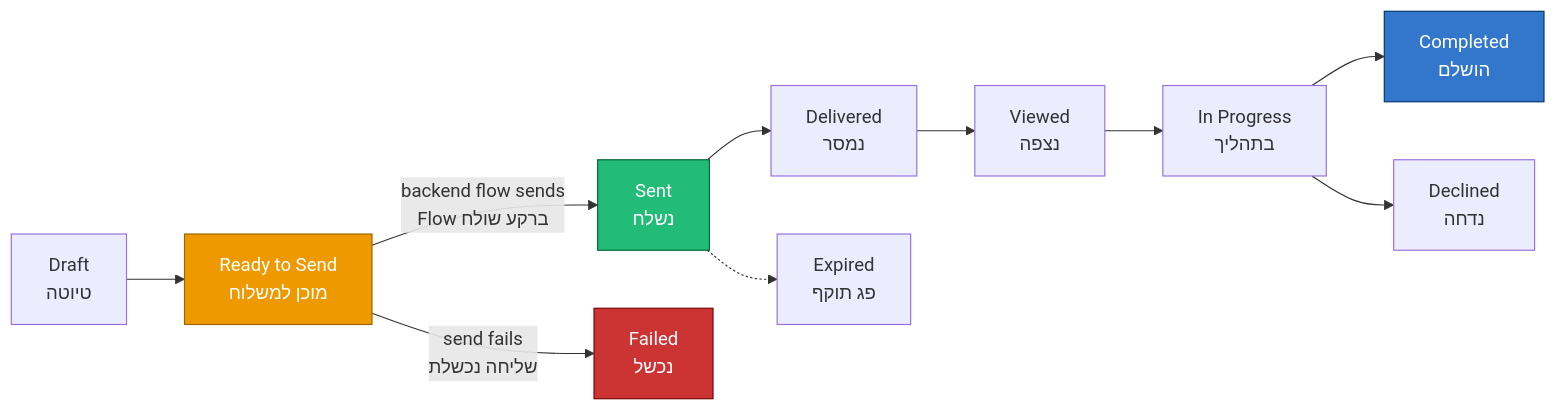
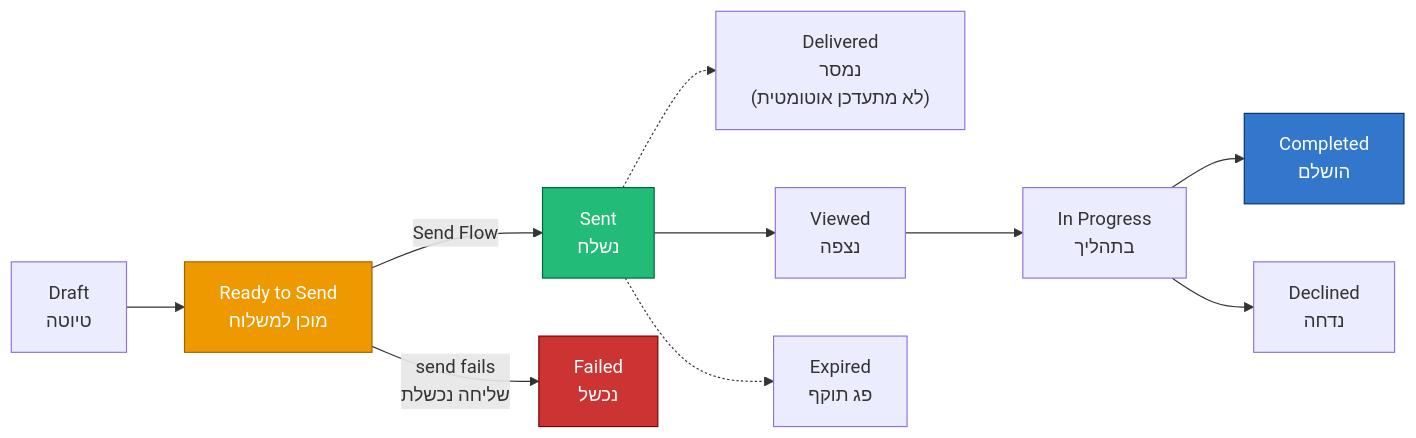
The diagram in docs/cij-integration.md (alexander-you/D365-easydo), drawn with Mermaid before and after one commit. The commit also changed other lines of this file and 4 other files, not shown here.

````diff
--- a/docs/cij-integration.md
+++ b/docs/cij-integration.md
@@ -17,17 +39,17 @@
 ```mermaid
 flowchart LR
     D["Draft<br/>טיוטה"] --> R["Ready to Send<br/>מוכן למשלוח"]
-    R -->|"backend flow sends<br/>Flow ברקע שולח"| S["Sent<br/>נשלח"]
+    R -->|"Send Flow"| S["Sent<br/>נשלח"]
     R -->|"send fails<br/>שליחה נכשלת"| F["Failed<br/>נכשל"]
-    S --> DL["Delivered<br/>נמסר"]
-    DL --> V["Viewed<br/>נצפה"]
+    S -.-> DL["Delivered<br/>נמסר<br/>(לא מתעדכן אוטומטית)"]
+    S --> V["Viewed<br/>נצפה"]
     V --> P["In Progress<br/>בתהליך"]
     P --> C["Completed<br/>הושלם"]
     P --> X["Declined<br/>נדחה"]
     S -.-> E["Expired<br/>פג תוקף"]
     linkStyle default stroke-width:1px
     style R fill:#e90,stroke:#960,color:#fff
     style S fill:#2b7,stroke:#063,color:#fff
     style C fill:#37c,stroke:#036,color:#fff
     style F fill:#c33,stroke:#700,color:#fff
 ```
````
